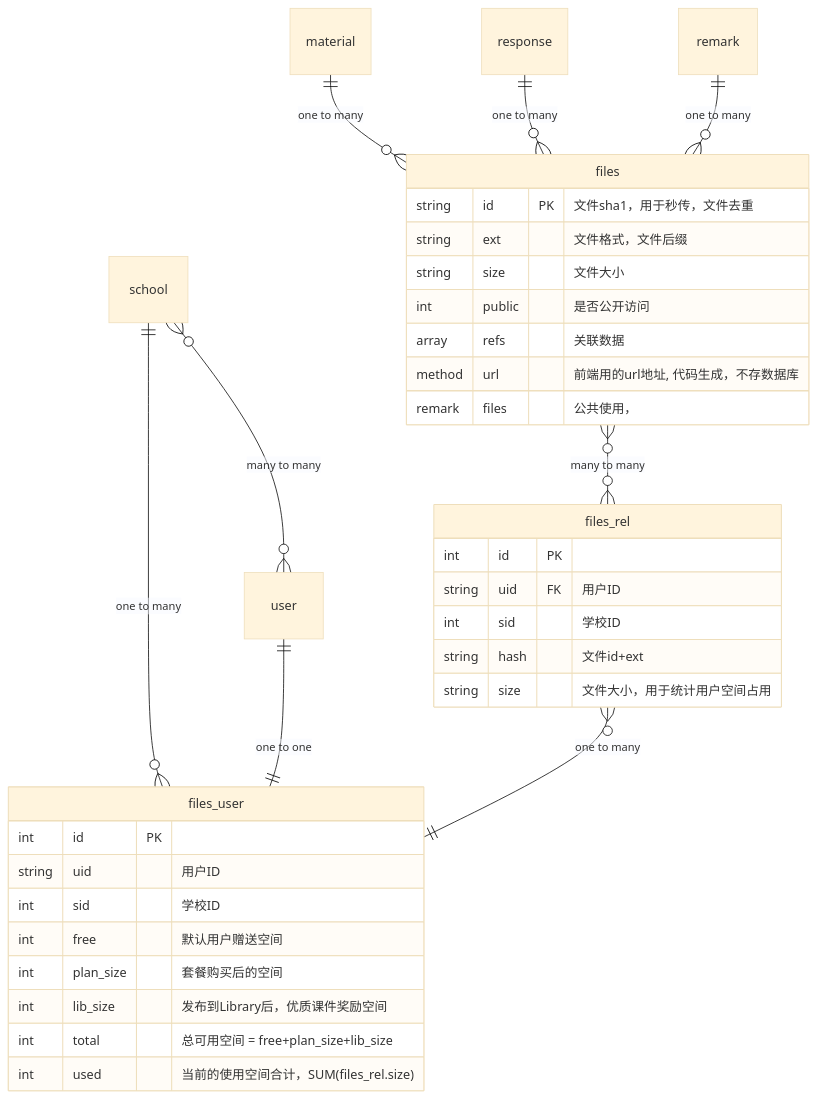
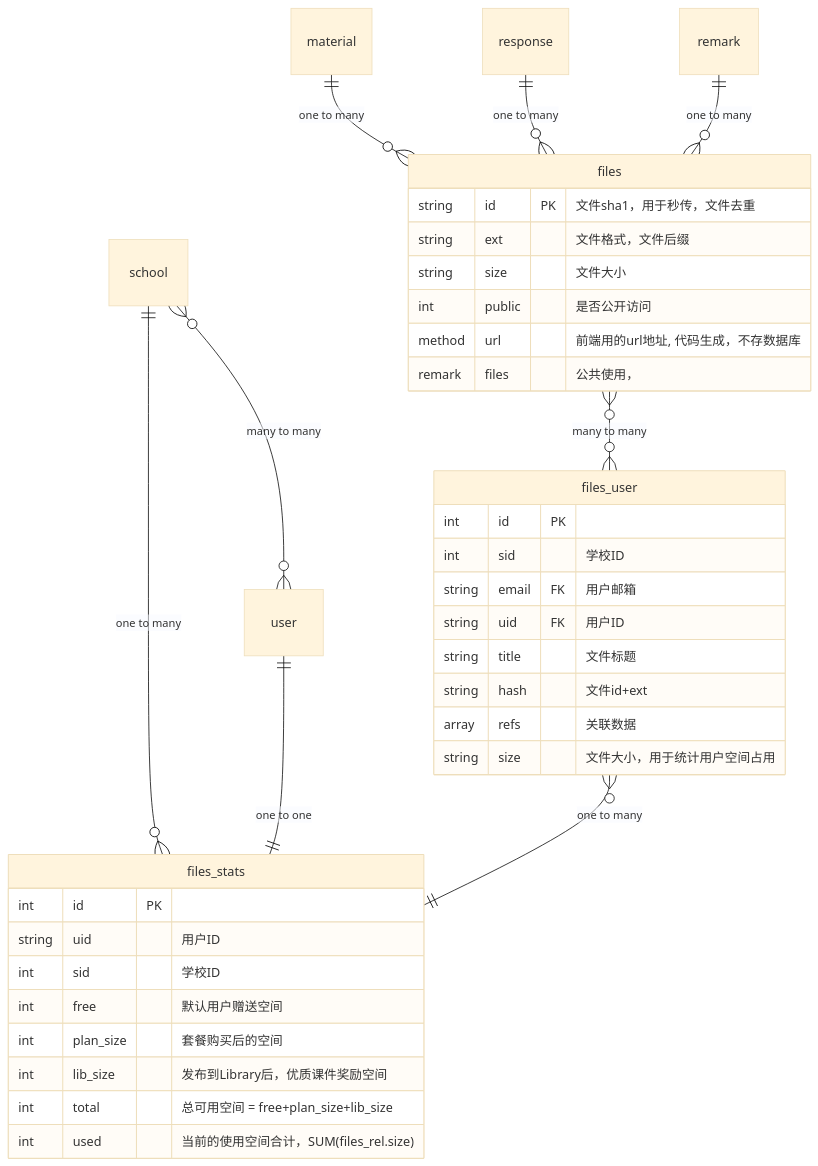
The second of 2 diagrams in main/files.md (zran-nz/doc), drawn with Mermaid (base theme) before and after one commit. The commit also changed other lines of this file, not shown here.

Commit message:
up files

````diff
--- a/main/files.md
+++ b/main/files.md
@@ -29,42 +30,44 @@
 ```mermaid
 erDiagram
 
 school }o--o{ user : "many to many"
-school ||--o{ files_user : "one to many"
-user ||--|| files_user : "one to one"
-files }o--o{ files_rel : "many to many"
-files_rel }o--|| files_user : "one to many"
+school ||--o{ files_stats : "one to many"
+user ||--|| files_stats : "one to one"
+files }o--o{ files_user : "many to many"
+files_user }o--|| files_stats : "one to many"
 material ||--o{ files : "one to many"
 response ||--o{ files : "one to many"
 remark ||--o{ files : "one to many"
 
 files {
   string id PK "文件sha1，用于秒传，文件去重"
   string ext "文件格式，文件后缀"
   string size "文件大小"
   int public "是否公开访问"
-  array refs "关联数据"
   method url "前端用的url地址, 代码生成，不存数据库"
   remark files "公共使用，"
 }
 
-files_rel {
+files_user {
   int id PK
+  int sid "学校ID"
+  string email FK "用户邮箱"
   string uid FK "用户ID"
-  int sid "学校ID"
+  string title "文件标题"
   string hash "文件id+ext"
+  array refs "关联数据"
   string size "文件大小，用于统计用户空间占用"
 }
-files_user {
+files_stats {
   int id PK ""
   string uid "用户ID"
   int sid "学校ID"
   int free "默认用户赠送空间"
   int plan_size "套餐购买后的空间"
   int lib_size "发布到Library后，优质课件奖励空间"
   int total "总可用空间 = free+plan_size+lib_size"
   int used "当前的使用空间合计，SUM(files_rel.size)"
 }
 
 
 ```
````
